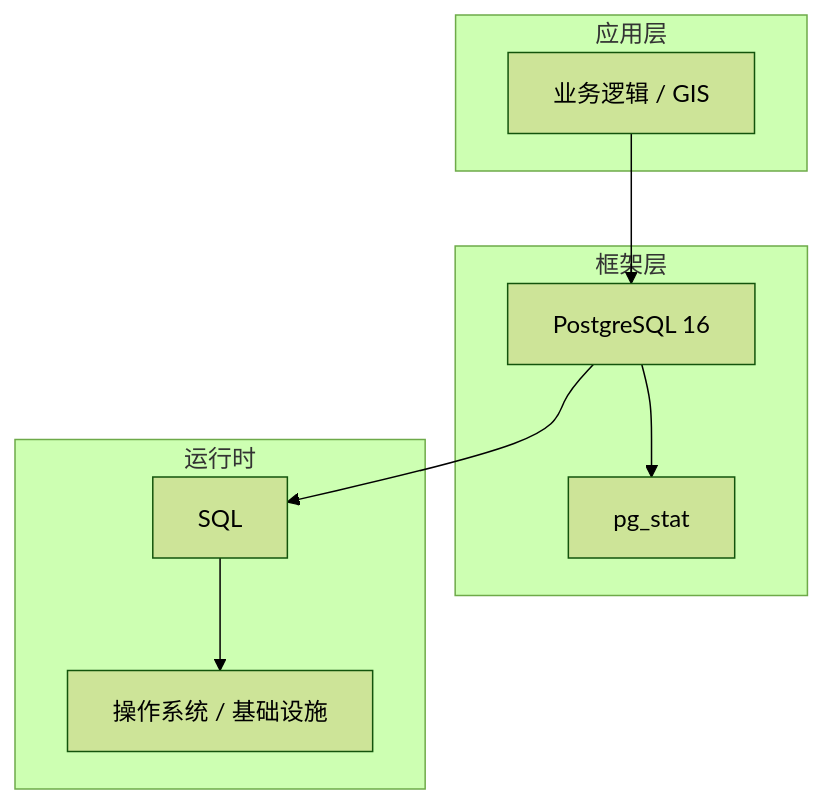
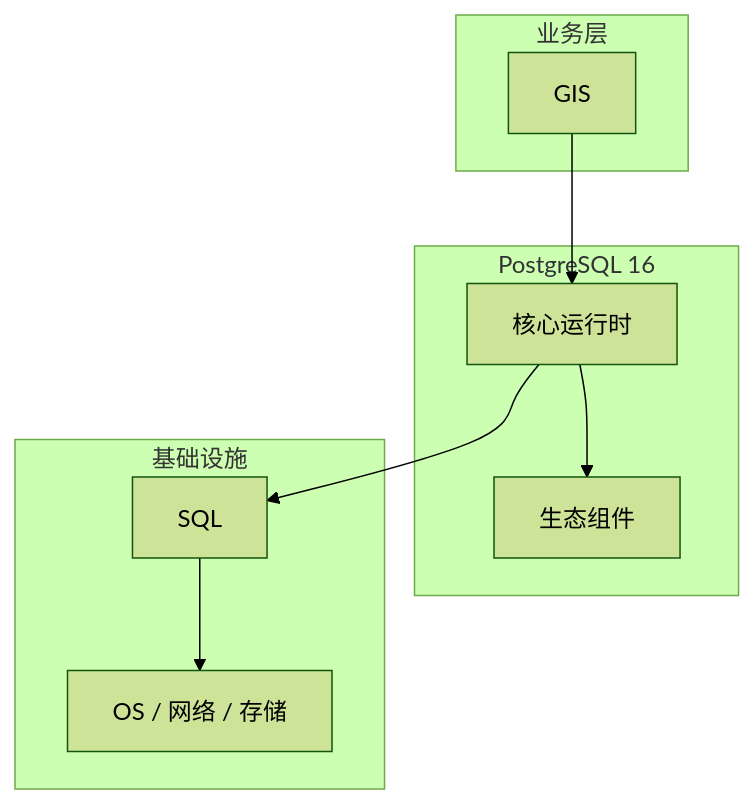
One commit to yanggan2015/knowledge-json-v2 changed the diagram in articles/PostgreSQL/chapters/067-GIS核心概念与原理.md. Above: the diagram before and after it, drawn with Mermaid (forest theme). The commit also changed other lines of this file and 10127 other files, not shown here.

````diff
--- a/articles/PostgreSQL/chapters/067-GIS核心概念与原理.md
+++ b/articles/PostgreSQL/chapters/067-GIS核心概念与原理.md
@@ -45,18 +34,18 @@
 ```mermaid
 graph TB
-    subgraph 应用层
-        A[业务逻辑 / GIS]
+    subgraph 业务层
+        A[GIS]
     end
-    subgraph 框架层
-        B[PostgreSQL 16]
-        C[pg_stat]
+    subgraph PostgreSQL 16
+        B[核心运行时]
+        C[生态组件]
     end
-    subgraph 运行时
+    subgraph 基础设施
         D[SQL]
-        E[操作系统 / 基础设施]
+        E[OS / 网络 / 存储]
     end
     A --> B
     B --> C
     B --> D
     D --> E
 ```
````
